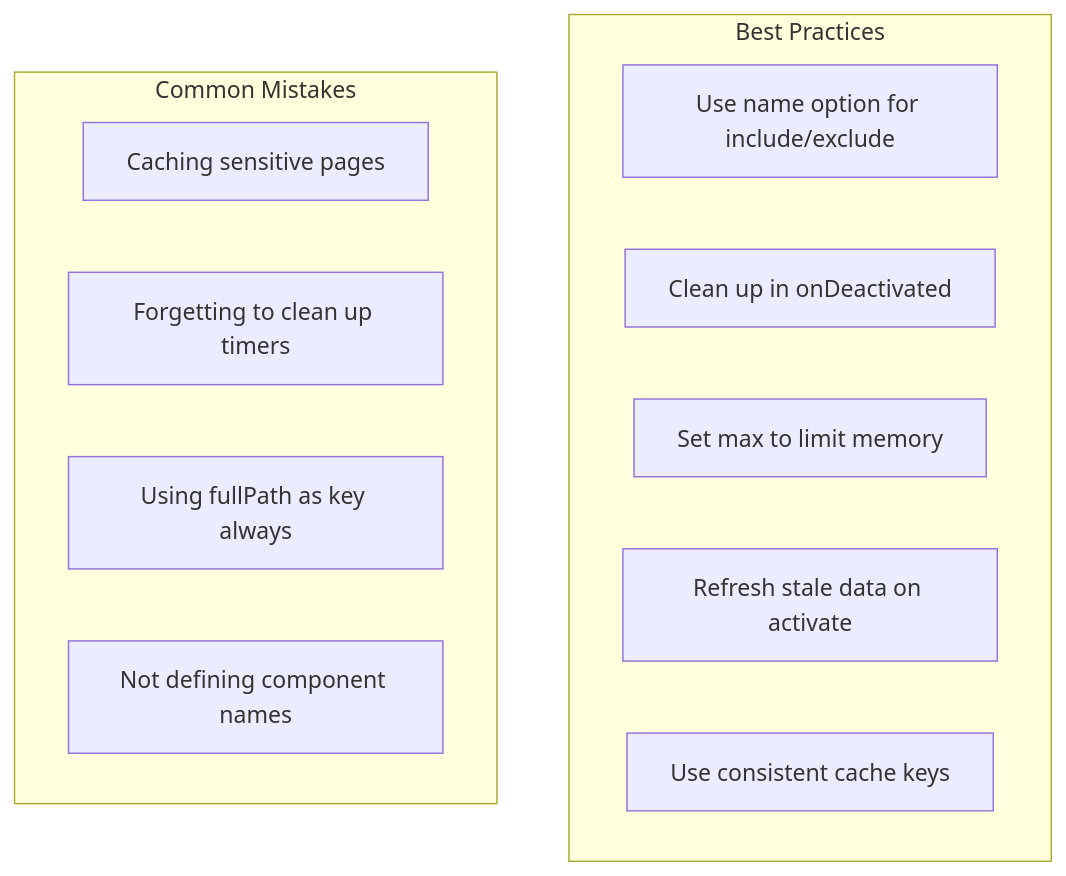
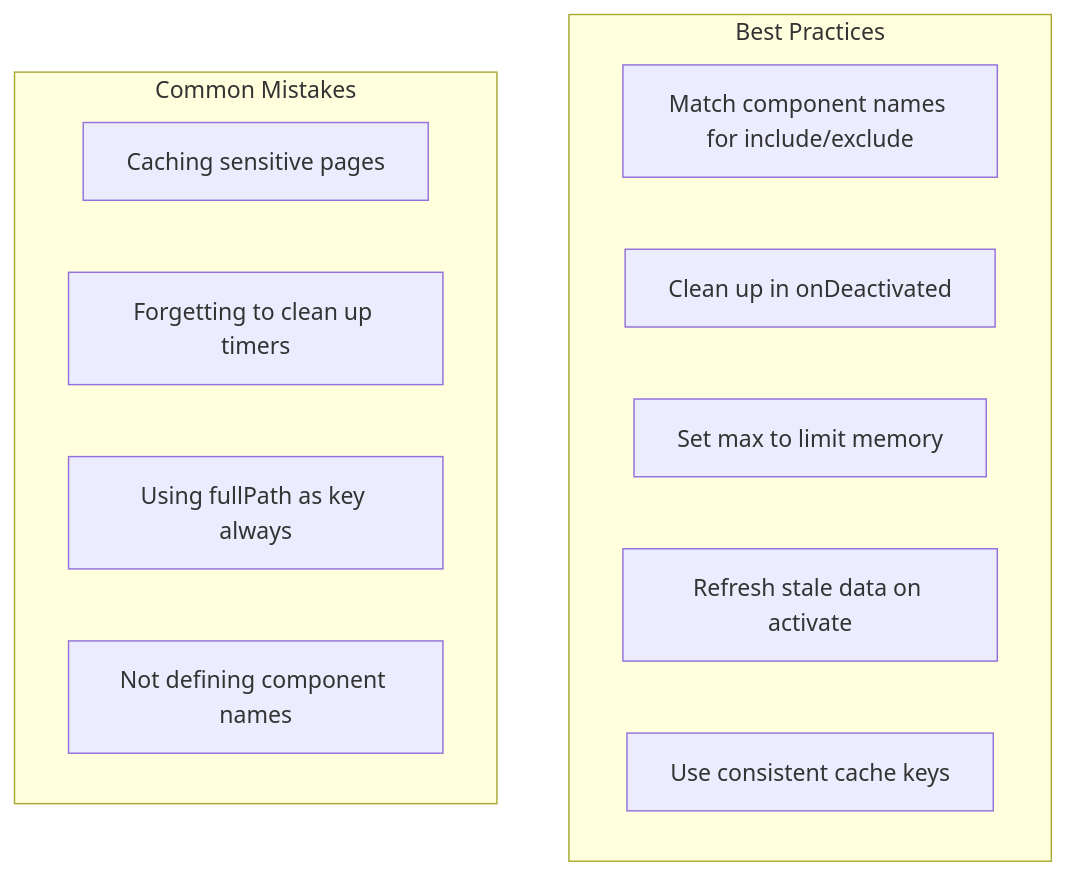
The fourth of 4 diagrams in posts/2026-01-24-vue-keep-alive-component/README.md (OneUptime/blog), drawn with Mermaid before and after one commit. The commit also changed other lines of this file and 876 other files, not shown here.

````diff
--- a/posts/2026-01-24-vue-keep-alive-component/README.md
+++ b/posts/2026-01-24-vue-keep-alive-component/README.md
@@ -857,17 +846,17 @@
 ```mermaid
 flowchart TB
     subgraph Do["Best Practices"]
-        A[Use name option for include/exclude]
+        A[Match component names for include/exclude]
         B[Clean up in onDeactivated]
         C[Set max to limit memory]
         D[Refresh stale data on activate]
         E[Use consistent cache keys]
     end
 
     subgraph Avoid["Common Mistakes"]
         F[Caching sensitive pages]
         G[Forgetting to clean up timers]
         H[Using fullPath as key always]
         I[Not defining component names]
     end
 ```
````
